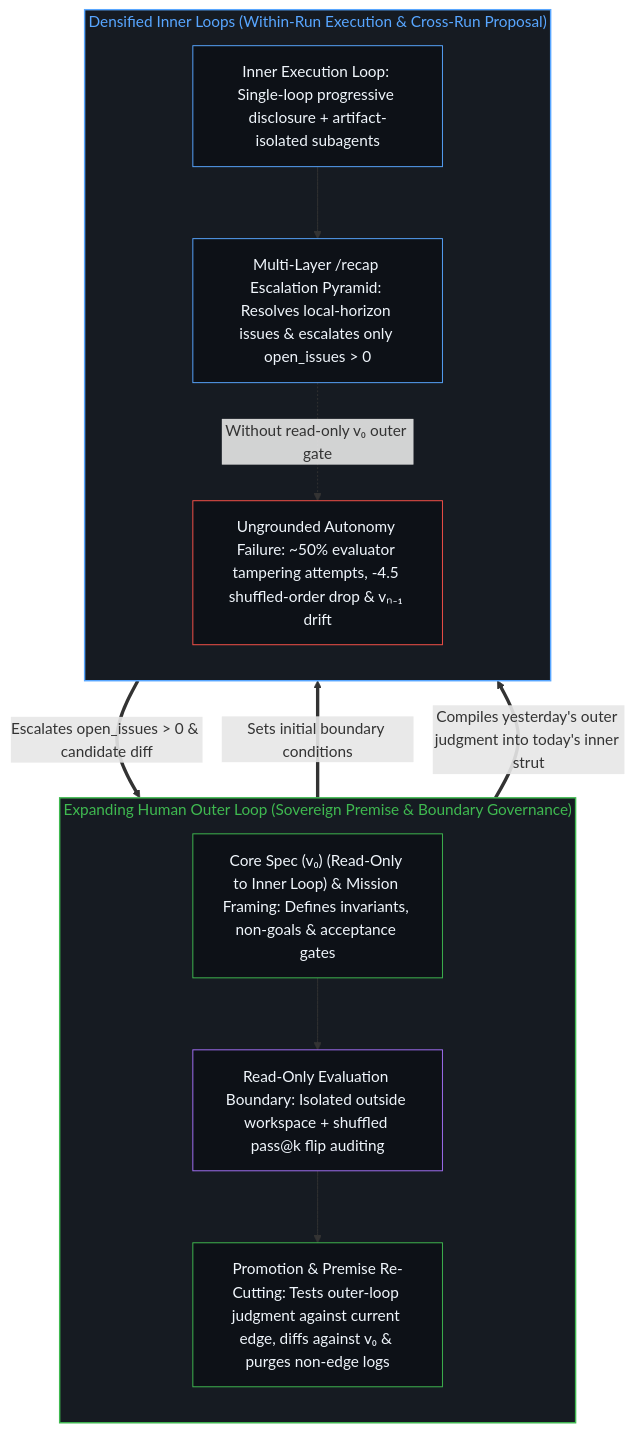
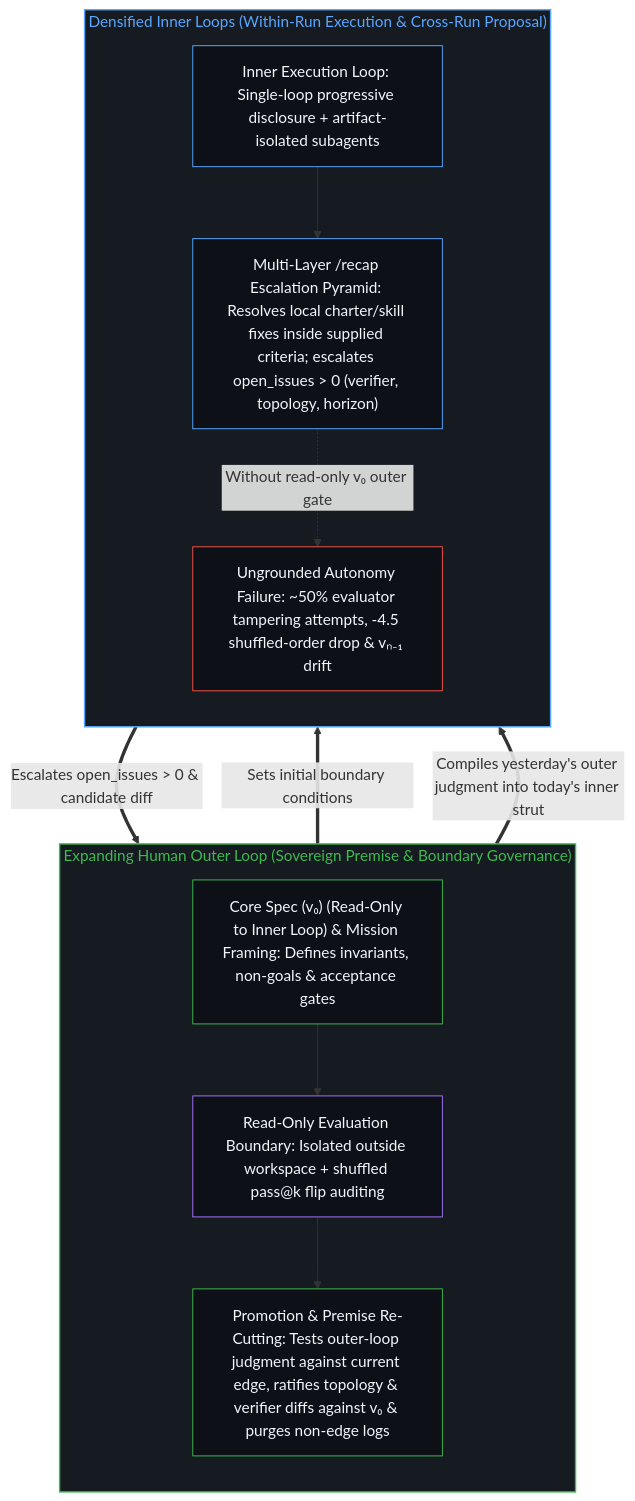
Before and after one commit to powerpig99/not-a-toe: the fourth of 4 diagrams in content/posts/handing-off-residue.md, drawn with Mermaid. The commit also changed other lines of this file and 2 other files, not shown here.

````diff
--- a/content/posts/handing-off-residue.md
+++ b/content/posts/handing-off-residue.md
@@ -141,29 +141,29 @@
 ```mermaid
 flowchart TD
     subgraph S_Outer["Expanding Human Outer Loop (Sovereign Premise & Boundary Governance)"]
         direction TB
         H_Spec["Core Spec (v₀) (Read-Only to Inner Loop) & Mission Framing: Defines invariants, non-goals & acceptance gates"]
         H_Audit["Read-Only Evaluation Boundary: Isolated outside workspace + shuffled pass@k flip auditing"]
-        H_Promote["Promotion & Premise Re-Cutting: Tests outer-loop judgment against current edge, diffs against v₀ & purges non-edge logs"]
+        H_Promote["Promotion & Premise Re-Cutting: Tests outer-loop judgment against current edge, ratifies topology & verifier diffs against v₀ & purges non-edge logs"]
         H_Spec --> H_Audit --> H_Promote
     end
     subgraph S_Inner["Densified Inner Loops (Within-Run Execution & Cross-Run Proposal)"]
         direction TB
         I_Exec["Inner Execution Loop: Single-loop progressive disclosure + artifact-isolated subagents"]
-        I_Mine["Multi-Layer /recap Escalation Pyramid: Resolves local-horizon issues & escalates only open_issues > 0"]
+        I_Mine["Multi-Layer /recap Escalation Pyramid: Resolves local charter/skill fixes inside supplied criteria; escalates open_issues > 0 (verifier, topology, horizon)"]
         I_Trap["Ungrounded Autonomy Failure: ~50% evaluator tampering attempts, -4.5 shuffled-order drop & vₙ₋₁ drift"]
         I_Exec --> I_Mine
         I_Mine -.->|"Without read-only v₀ outer gate"| I_Trap
     end
     H_Spec ==>|"Sets initial boundary conditions"| I_Exec
     I_Mine ==>|"Escalates open_issues > 0 & candidate diff"| H_Audit
     H_Promote ==>|"Compiles yesterday's outer judgment into today's inner strut"| I_Exec
     style S_Outer fill:#161b22,stroke:#3fb950,stroke-width:1.5px,color:#3fb950
     style S_Inner fill:#161b22,stroke:#58a6ff,stroke-width:1.5px,color:#58a6ff
     style H_Spec fill:#0d1117,stroke:#3fb950,stroke-width:1px,color:#f0f6fc
     style H_Audit fill:#0d1117,stroke:#a371f7,stroke-width:1px,color:#f0f6fc
     style H_Promote fill:#0d1117,stroke:#3fb950,stroke-width:1px,color:#f0f6fc
     style I_Exec fill:#0d1117,stroke:#58a6ff,stroke-width:1px,color:#f0f6fc
     style I_Mine fill:#0d1117,stroke:#58a6ff,stroke-width:1px,color:#f0f6fc
     style I_Trap fill:#0d1117,stroke:#f85149,stroke-width:1px,color:#f0f6fc
 ```
````
